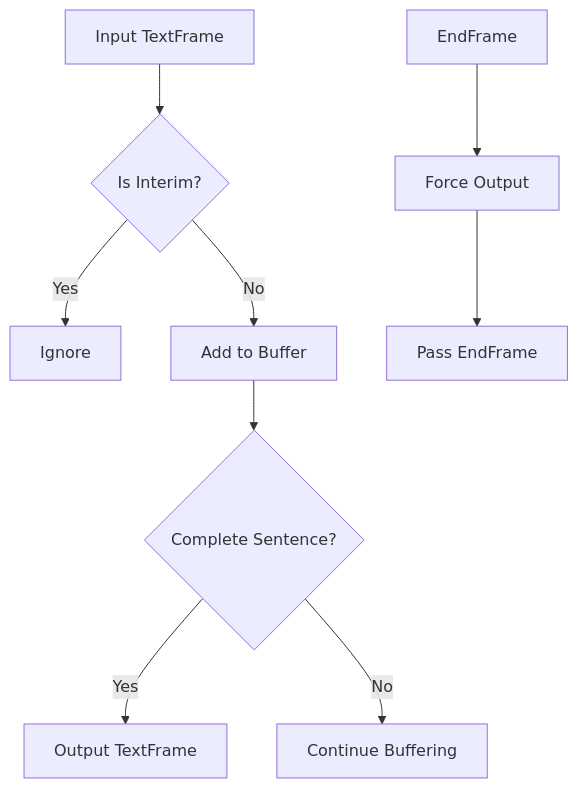
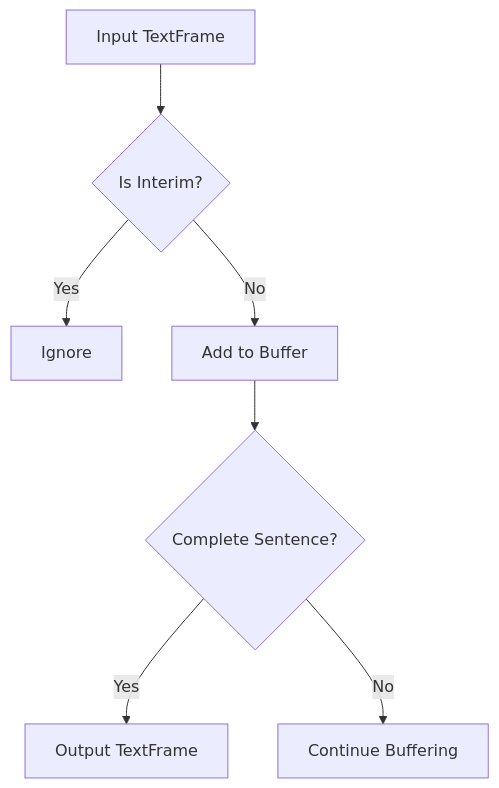
Before and after one commit to pipecat-ai/docs: the diagram in api-reference/processors/aggregators/sentence.mdx, drawn with Mermaid. The commit also changed 13 other files, not shown here.

````diff
--- a/api-reference/processors/aggregators/sentence.mdx
+++ b/api-reference/processors/aggregators/sentence.mdx
@@ -49,11 +49,9 @@
 ```mermaid
 graph TD
     A[Input TextFrame] --> B{Is Interim?}
     B -->|Yes| C[Ignore]
     B -->|No| D[Add to Buffer]
     D --> E{Complete Sentence?}
     E -->|Yes| F[Output TextFrame]
     E -->|No| G[Continue Buffering]
-    H[EndFrame] --> I[Force Output]
-    I --> J[Pass EndFrame]
 ```
````
